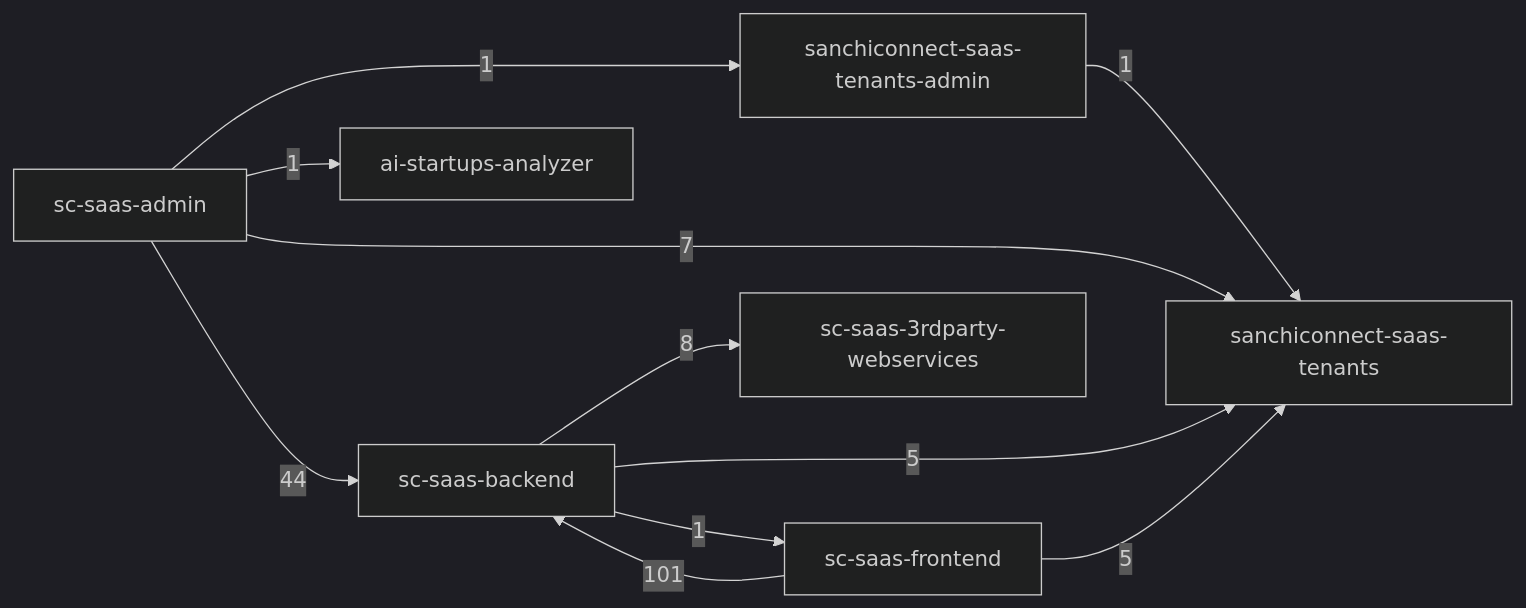
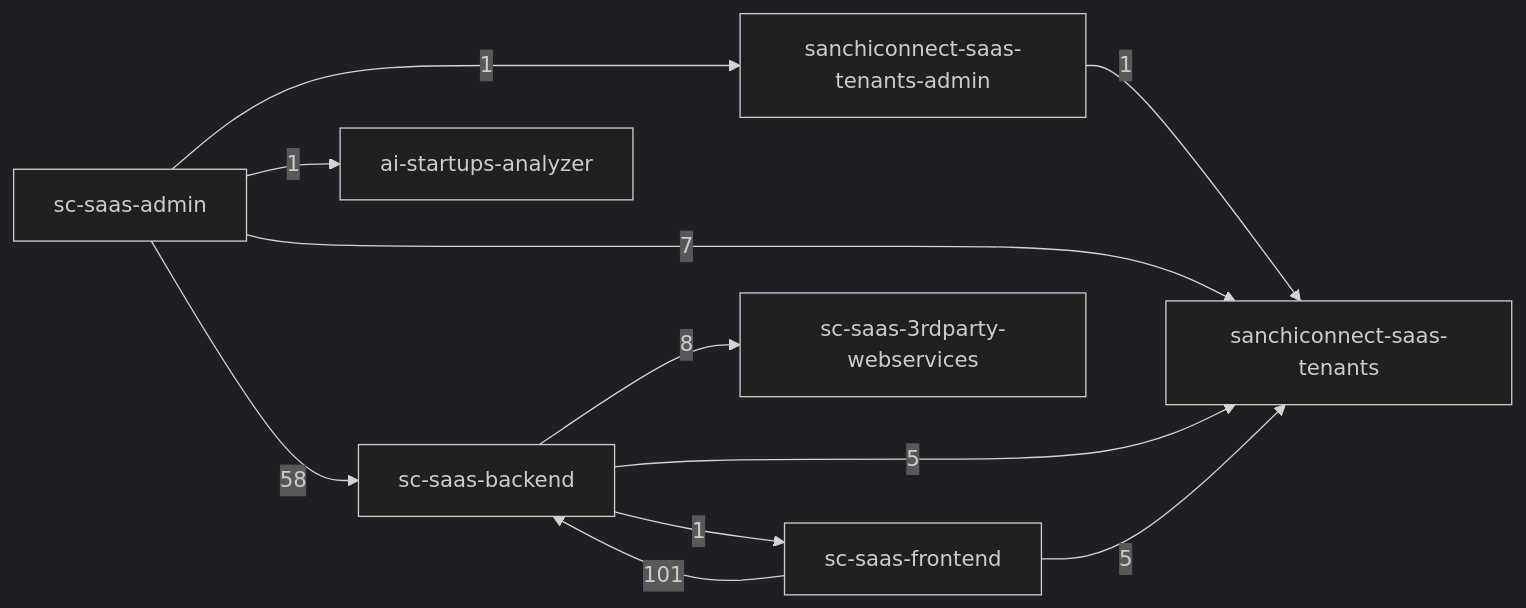
The diagram in docs/MODULE-MAP.md (sanchiconnect-org/sc-saas-ai-native), drawn with Mermaid (dark theme) before and after one commit. The commit also changed other lines of this file, not shown here.

Commit message:
docs(SAN-1627): regenerate the module map with the admin specs; no gaps left

````diff
--- a/docs/MODULE-MAP.md
+++ b/docs/MODULE-MAP.md
@@ -23,20 +23,20 @@
 ```mermaid
 graph LR
     tenants["sanchiconnect-saas-tenants"]
     backend["sc-saas-backend"]
     frontend["sc-saas-frontend"]
     admin["sc-saas-admin"]
     tenants_admin["sanchiconnect-saas-tenants-admin"]
     analyzer["ai-startups-analyzer"]
     webservices["sc-saas-3rdparty-webservices"]
     tenants_admin -->|1| tenants
     admin -->|1| analyzer
     admin -->|7| tenants
     admin -->|1| tenants_admin
-    admin -->|44| backend
+    admin -->|58| backend
     backend -->|5| tenants
     backend -->|8| webservices
     backend -->|1| frontend
     frontend -->|5| tenants
     frontend -->|101| backend
 ```
````
